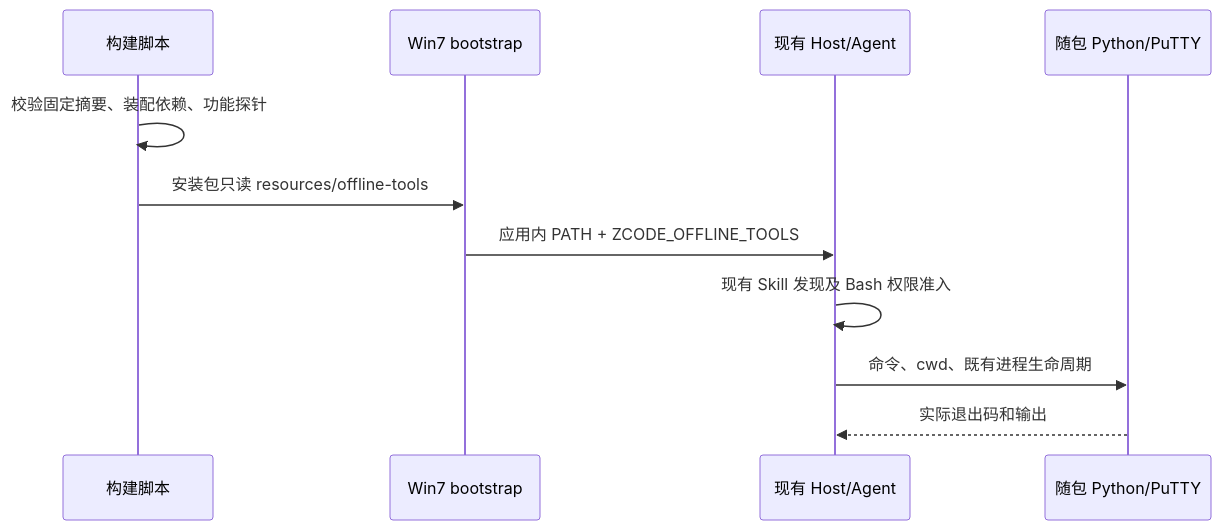
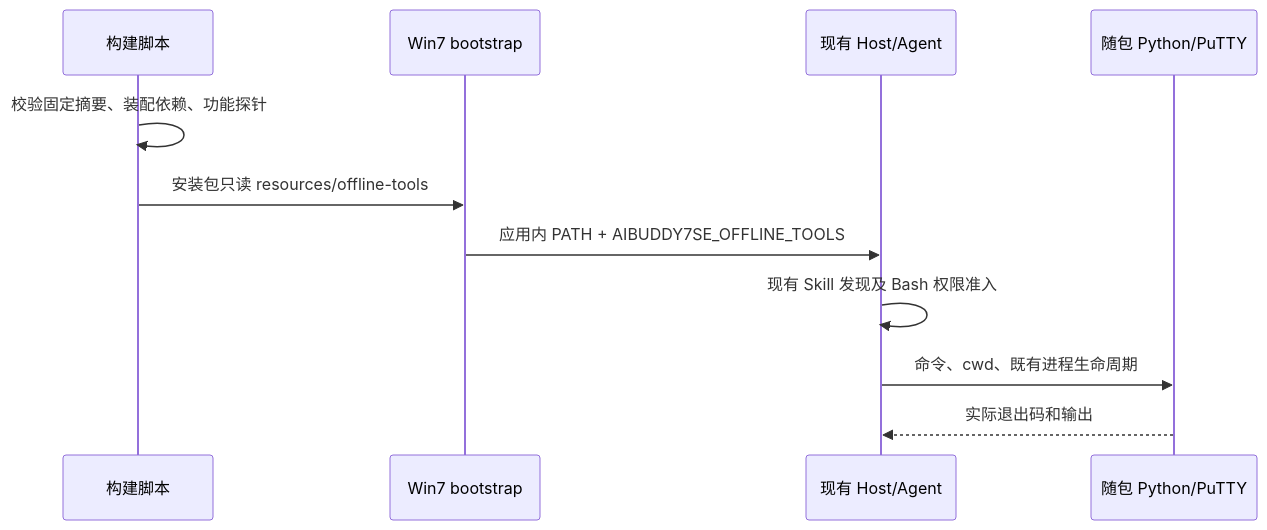
Before and after one commit to skyjt/ZCode_custom: the diagram in docs/desktop/windows-7-offline-toolkit.md, drawn with Mermaid. The commit also changed other lines of this file and 5 other files, not shown here.

````diff
--- a/docs/desktop/windows-7-offline-toolkit.md
+++ b/docs/desktop/windows-7-offline-toolkit.md
@@ -36,13 +36,13 @@
 ```mermaid
 sequenceDiagram
     participant CI as 构建脚本
     participant Boot as Win7 bootstrap
     participant Host as 现有 Host/Agent
     participant Tool as 随包 Python/PuTTY
     CI->>CI: 校验固定摘要、装配依赖、功能探针
     CI->>Boot: 安装包只读 resources/offline-tools
-    Boot->>Host: 应用内 PATH + ZCODE_OFFLINE_TOOLS
+    Boot->>Host: 应用内 PATH + AIBUDDY7SE_OFFLINE_TOOLS
     Host->>Host: 现有 Skill 发现及 Bash 权限准入
     Host->>Tool: 命令、cwd、既有进程生命周期
     Tool-->>Host: 实际退出码和输出
 ```
````
